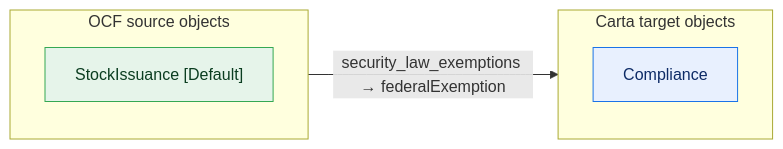
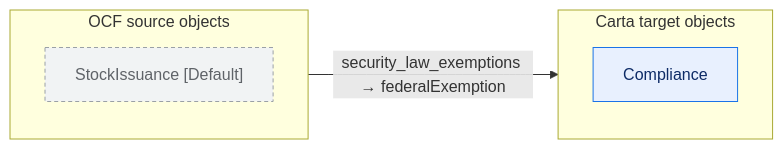
Before and after one commit to Open-Cap-Table-Coalition/OCF-Composed-Schemas: diagram 25 of 35 in docs/core-lossy-inventory.md, drawn with Mermaid. The commit also changed other lines of this file and 16 other files, not shown here.

````diff
--- a/docs/core-lossy-inventory.md
+++ b/docs/core-lossy-inventory.md
@@ -480,16 +504,16 @@
 ```mermaid
 flowchart LR
   classDef adm fill:#e6f4ea,stroke:#34a853,color:#0b3d20;
   classDef notadm fill:#f1f3f4,stroke:#9aa0a6,color:#5f6368,stroke-dasharray:4 3;
   classDef carta fill:#e8f0fe,stroke:#1a73e8,color:#0d2b66;
   classDef sink fill:#fce8e6,stroke:#d93025,color:#5c0d06;
   subgraph SRC["OCF source objects"]
     direction TB
-    o0["StockIssuance [Default]"]:::adm
+    o0["StockIssuance [Default]"]:::notadm
   end
   subgraph TGT["Carta target objects"]
     direction TB
     t0["Compliance"]:::carta
   end
   o0 -->|"security_law_exemptions → federalExemption"| t0
 ```
````
